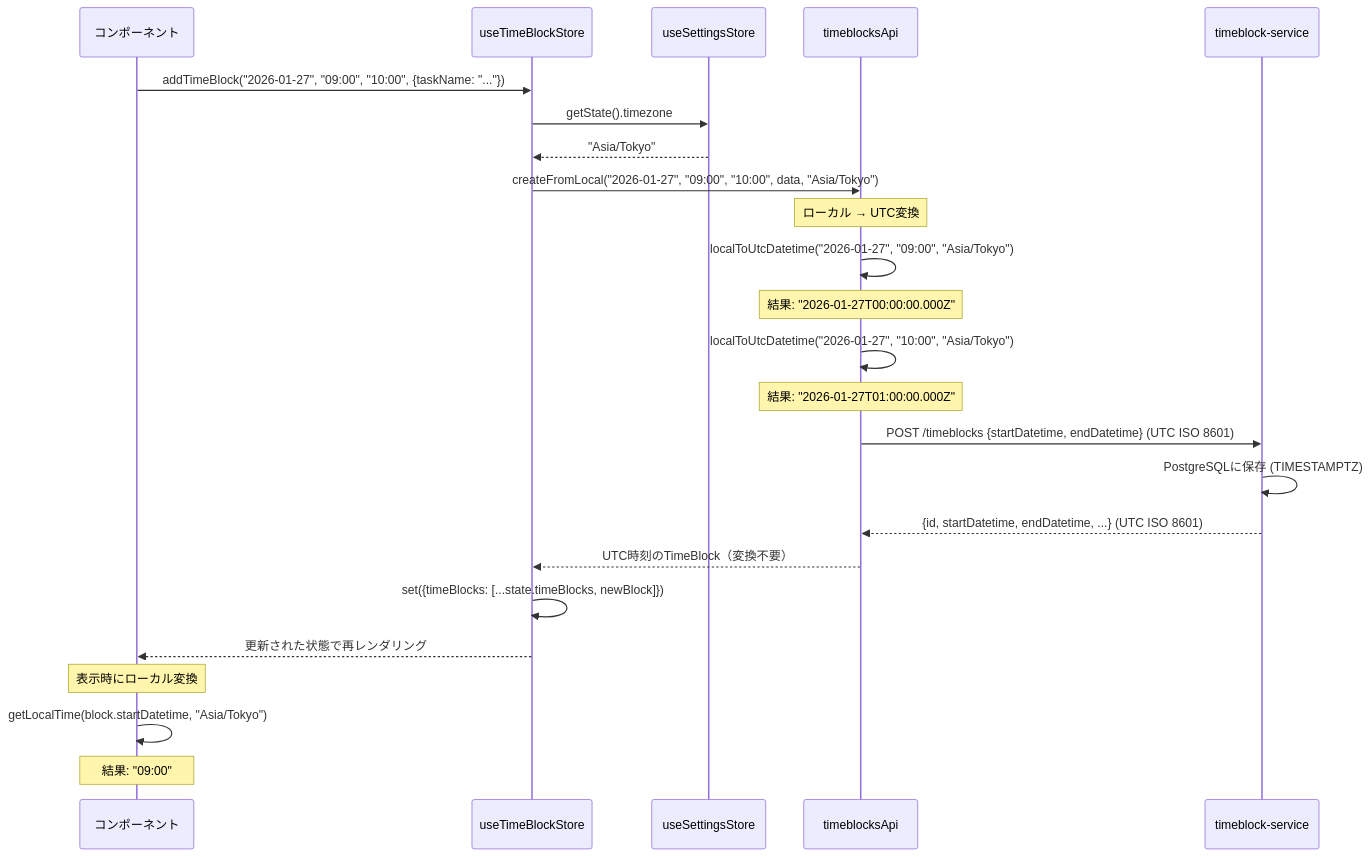
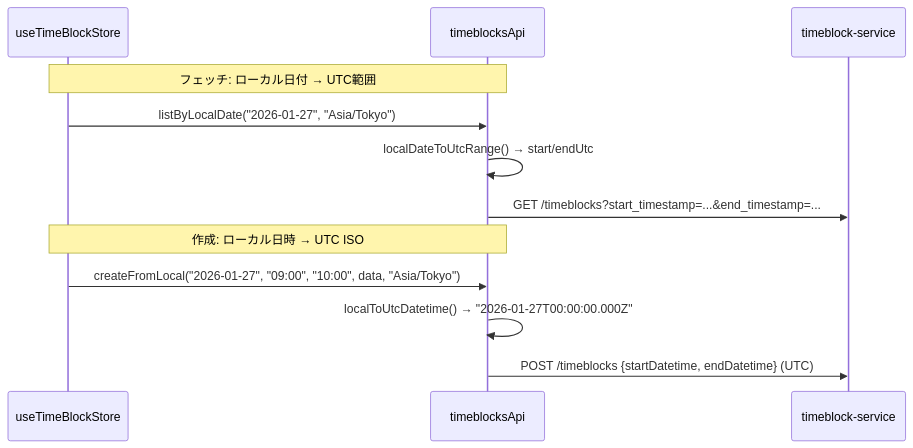
The seventh of 12 diagrams in src/ARCHITECTURE.md (yu-min3/kensan), drawn with Mermaid before and after one commit. The commit also changed other lines of this file and 117 other files, not shown here.

````diff
--- a/src/ARCHITECTURE.md
+++ b/src/ARCHITECTURE.md
@@ -1040,31 +354,16 @@
 ```mermaid
 sequenceDiagram
-    participant UI as コンポーネント
     participant Store as useTimeBlockStore
-    participant Settings as useSettingsStore
     participant API as timeblocksApi
     participant BE as timeblock-service
 
-    UI->>Store: addTimeBlock("2026-01-27", "09:00", "10:00", {taskName: "..."})
-    Store->>Settings: getState().timezone
-    Settings-->>Store: "Asia/Tokyo"
+    Note over Store,API: フェッチ: ローカル日付 → UTC範囲
+    Store->>API: listByLocalDate("2026-01-27", "Asia/Tokyo")
+    API->>API: localDateToUtcRange() → start/endUtc
+    API->>BE: GET /timeblocks?start_timestamp=...&end_timestamp=...
+
+    Note over Store,API: 作成: ローカル日時 → UTC ISO
     Store->>API: createFromLocal("2026-01-27", "09:00", "10:00", data, "Asia/Tokyo")
-
-    Note over API: ローカル → UTC変換
-    API->>API: localToUtcDatetime("2026-01-27", "09:00", "Asia/Tokyo")
-    Note over API: 結果: "2026-01-27T00:00:00.000Z"
-    API->>API: localToUtcDatetime("2026-01-27", "10:00", "Asia/Tokyo")
-    Note over API: 結果: "2026-01-27T01:00:00.000Z"
-
-    API->>BE: POST /timeblocks {startDatetime, endDatetime} (UTC ISO 8601)
-    BE->>BE: PostgreSQLに保存 (TIMESTAMPTZ)
-    BE-->>API: {id, startDatetime, endDatetime, ...} (UTC ISO 8601)
-
-    API-->>Store: UTC時刻のTimeBlock（変換不要）
-    Store->>Store: set({timeBlocks: [...state.timeBlocks, newBlock]})
-    Store-->>UI: 更新された状態で再レンダリング
-
-    Note over UI: 表示時にローカル変換
-    UI->>UI: getLocalTime(block.startDatetime, "Asia/Tokyo")
-    Note over UI: 結果: "09:00"
+    API->>API: localToUtcDatetime() → "2026-01-27T00:00:00.000Z"
+    API->>BE: POST /timeblocks {startDatetime, endDatetime} (UTC)
 ```
````
